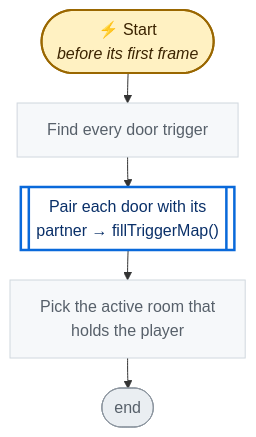
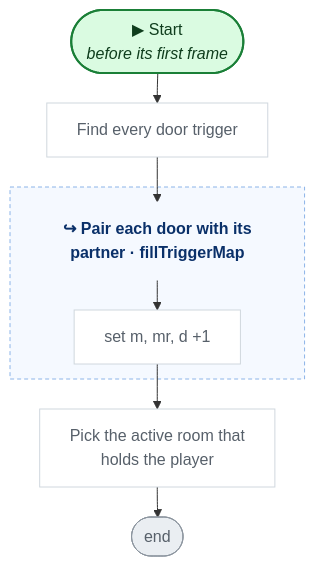
One commit to nataiai/Lord-of-the-Dungeon changed the second of 5 diagrams in CodeGraph~/graph/Map/DungeonMap.cs.md. Above: the diagram before and after it, drawn with Mermaid. The commit also changed other lines of this file and 44 other files, not shown here.

````diff
--- a/CodeGraph~/graph/Map/DungeonMap.cs.md
+++ b/CodeGraph~/graph/Map/DungeonMap.cs.md
@@ -58,33 +58,44 @@
 ```mermaid
 ---
 config:
   flowchart:
     wrappingWidth: 260
     nodeSpacing: 26
     rankSpacing: 30
 ---
 flowchart TD
-  nS(["⚡ Start<br><i>before its first frame</i>"])
+  nS(["▶ Start<br><i>before its first frame</i>"])
   ne49582["Find every door trigger"]
-  n5e4bd1[["Pair each door with its<br>partner → fillTriggerMap()"]]
+  n5e4bd1_h["↪ Pair each door with its<br>partner · fillTriggerMap"]
+  n5e4bd1_na5cb37["set m, mr, d +1"]
   nf6acd2["Pick the active room that<br>holds the player"]
   nE(["end"])
+  subgraph n5e4bd1_g[" "]
+    n5e4bd1_h
+    n5e4bd1_na5cb37
+  end
+  style n5e4bd1_g fill:#f5f9ff,stroke:#8cb4e8,stroke-dasharray:4 3,color:#0a3069
   nS --> ne49582
-  ne49582 --> n5e4bd1
-  n5e4bd1 --> nf6acd2
+  ne49582 --> n5e4bd1_h
   nf6acd2 --> nE
-  classDef unity fill:#fff1c2,stroke:#9a6700,stroke-width:2px,color:#3b2300
-  classDef start fill:#ddf4ff,stroke:#0969da,stroke-width:2px,color:#0a3069
-  classDef calc fill:#f6f8fa,stroke:#d0d7de,color:#57606a
-  classDef calls fill:#ffffff,stroke:#0969da,stroke-width:2.5px,color:#0a3069
-  classDef cond fill:#ffffff,stroke:#6e7781,stroke-width:1.5px,color:#1f2328
-  classDef loop fill:#fbefff,stroke:#8250df,color:#3e1f79
-  classDef exit fill:#eaeef2,stroke:#57606a,color:#24292f
-  classDef wait fill:#fff8f0,stroke:#bc4c00,color:#4d1d00
+  n5e4bd1_h --> n5e4bd1_na5cb37
+  n5e4bd1_na5cb37 --> nf6acd2
+  classDef unity fill:#dafbe1,stroke:#1a7f37,stroke-width:2px,color:#0f3d1d
+  classDef start fill:#dafbe1,stroke:#1a7f37,stroke-width:2px,color:#0f3d1d
+  classDef calc fill:#ffffff,stroke:#d0d7de,color:#57606a
+  classDef calls fill:#ddf4ff,stroke:#0969da,stroke-width:2px,color:#0a3069
+  classDef ext fill:#ddf4ff,stroke:#0969da,stroke-width:2px,stroke-dasharray:5 3,color:#0a3069
+  classDef cond fill:#fff8c5,stroke:#bf8700,stroke-width:1.5px,color:#3d2a00
+  classDef loop fill:#f6f8fa,stroke:#57606a,color:#1f2328
+  classDef exit fill:#ffebe9,stroke:#cf222e,color:#82071e
+  classDef kill fill:#ffebe9,stroke:#cf222e,stroke-width:2px,color:#82071e
+  classDef spawn fill:#dafbe1,stroke:#1a7f37,stroke-width:2px,color:#0f3d1d
+  classDef wait fill:#fff1e5,stroke:#bc4c00,color:#4d1d00
   classDef fin fill:#eaeef2,stroke:#8c959f,color:#57606a
   classDef join fill:#d0d7de,stroke:#8c959f,color:#57606a
-  class ne49582,nf6acd2 calc
-  class n5e4bd1 calls
+  classDef ghdr fill:#f5f9ff,stroke:#f5f9ff,color:#0a3069,font-weight:bold
+  class ne49582,n5e4bd1_na5cb37,nf6acd2 calc
   class nE fin
+  class n5e4bd1_h ghdr
   class nS unity
 ```
````
